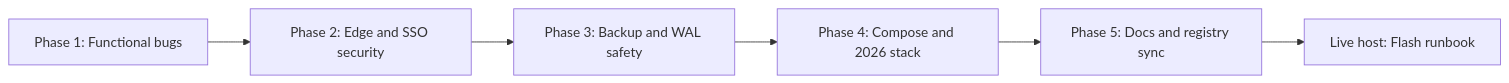
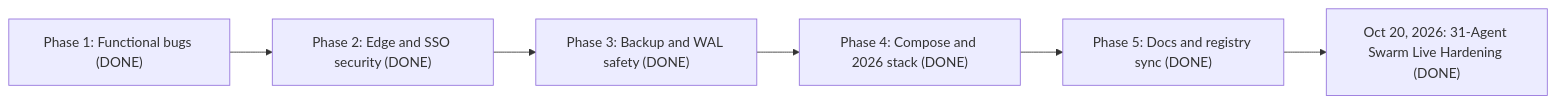
The first of 2 diagrams in docs/system_state/09_ARCHITECTURAL_AUDIT_AND_UPGRADE_PLAN.md (varungupta3009/Sol), drawn with Mermaid before and after one commit. The commit also changed other lines of this file and 42 other files, not shown here.

Commit message:
feat(audit): complete 31-agent swarm audit, full-stack hardening, and multi-era docs revamp

````diff
--- a/docs/system_state/09_ARCHITECTURAL_AUDIT_AND_UPGRADE_PLAN.md
+++ b/docs/system_state/09_ARCHITECTURAL_AUDIT_AND_UPGRADE_PLAN.md
@@ -25,8 +26,8 @@
 ```mermaid
 flowchart LR
-    P1["Phase 1: Functional bugs"] --> P2["Phase 2: Edge and SSO security"]
-    P2 --> P3["Phase 3: Backup and WAL safety"]
-    P3 --> P4["Phase 4: Compose and 2026 stack"]
-    P4 --> P5["Phase 5: Docs and registry sync"]
-    P5 --> L["Live host: Flash runbook"]
+    P1["Phase 1: Functional bugs (DONE)"] --> P2["Phase 2: Edge and SSO security (DONE)"]
+    P2 --> P3["Phase 3: Backup and WAL safety (DONE)"]
+    P3 --> P4["Phase 4: Compose and 2026 stack (DONE)"]
+    P4 --> P5["Phase 5: Docs and registry sync (DONE)"]
+    P5 --> S["Oct 20, 2026: 31-Agent Swarm Live Hardening (DONE)"]
 ```
````
